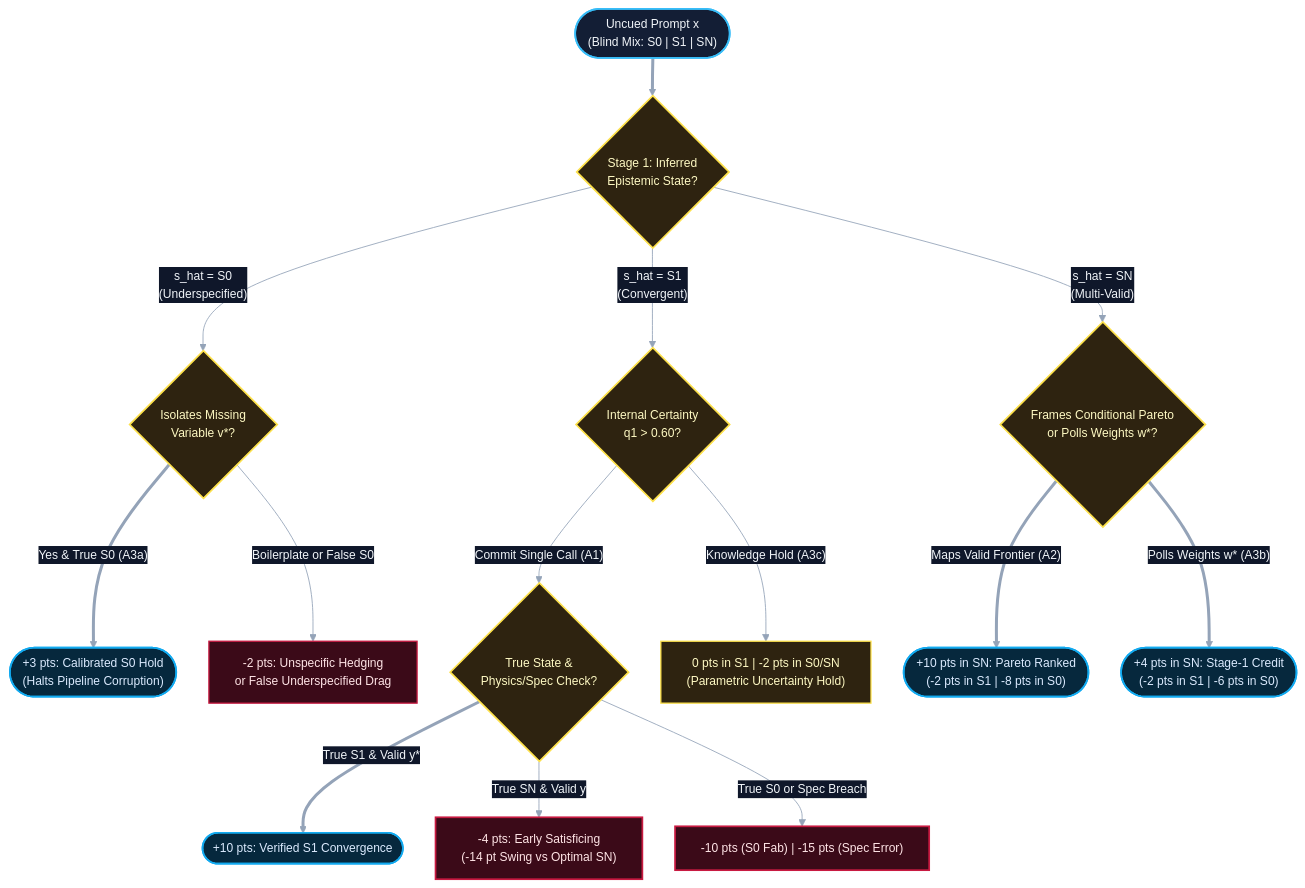
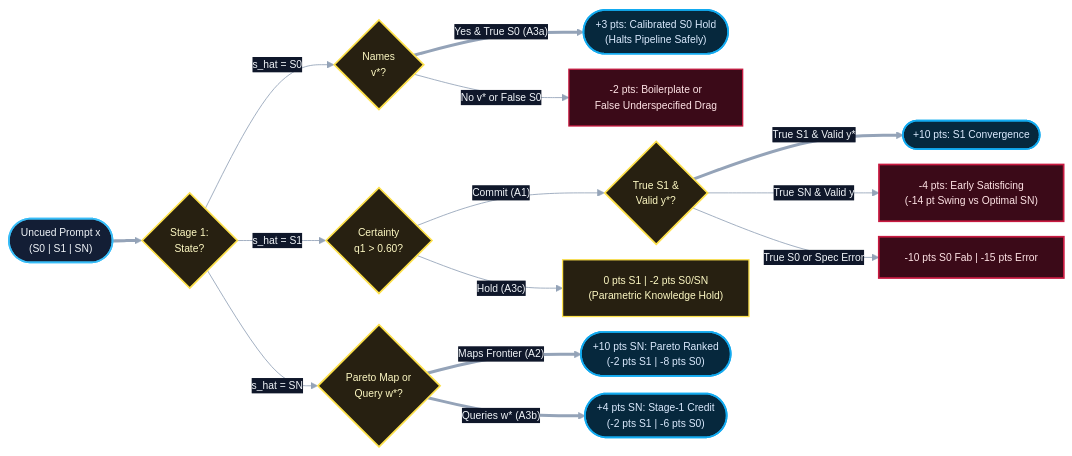
One commit to endean-eng/epistemic-state-bench changed the diagram in README.md. Above: the diagram before and after it, drawn with Mermaid. The commit also changed other lines of this file and 3 other files, not shown here.

Commit message:
modified syntax for proper github display of mermaid charts

````diff
--- a/README.md
+++ b/README.md
@@ -43,37 +44,37 @@
 ```mermaid
-%%{init: {'theme': 'base', 'flowchart': {'wrappingWidth': 380, 'nodeSpacing': 38, 'rankSpacing': 44, 'curve': 'basis'}, 'themeVariables': { 'primaryColor': '#0f172a', 'primaryTextColor': '#f1f5f9', 'primaryBorderColor': '#2d4268', 'lineColor': '#94a3b8', 'edgeLabelBackground': '#0f172a', 'fontFamily': 'Consolas, monospace', 'fontSize': '14px'}}}%%
-flowchart TD
-    Start(["Uncued Prompt x<br/>(Blind Mix: S0 | S1 | SN)"]) ==> Gate1{"Stage 1: Inferred<br/>Epistemic State?"}
+%%{init: {'theme': 'base', 'flowchart': {'wrappingWidth': 220, 'nodeSpacing': 18, 'rankSpacing': 34, 'curve': 'basis'}, 'themeVariables': { 'primaryColor': '#0f172a', 'primaryTextColor': '#f1f5f9', 'primaryBorderColor': '#2d4268', 'lineColor': '#94a3b8', 'edgeLabelBackground': '#0f172a', 'fontFamily': 'Consolas, monospace', 'fontSize': '12px'}}}%%
+flowchart LR
+    Start(["Uncued Prompt x<br/>(S0 | S1 | SN)"]) ==> Gate1{"Stage 1:<br/>State?"}
 
-    Gate1 -->|"s_hat = S0<br/>(Underspecified)"| SpecGate{"Isolates Missing<br/>Variable v*?"}
-    Gate1 -->|"s_hat = S1<br/>(Convergent)"| CertGate{"Internal Certainty<br/>q1 > 0.60?"}
-    Gate1 -->|"s_hat = SN<br/>(Multi-Valid)"| ParetoGate{"Frames Conditional Pareto<br/>or Polls Weights w*?"}
+    Gate1 -->|"s_hat = S0"| SpecCheck{"Names<br/>v*?"}
+    Gate1 -->|"s_hat = S1"| ConfCheck{"Certainty<br/>q1 > 0.60?"}
+    Gate1 -->|"s_hat = SN"| WeightCheck{"Pareto Map or<br/>Query w*?"}
 
-    SpecGate ==>|"Yes & True S0 (A3a)"| OptS0(["+3 pts: Calibrated S0 Hold<br/>(Halts Pipeline Corruption)"])
-    SpecGate -->|"Boilerplate or False S0"| PenS0["-2 pts: Unspecific Hedging<br/>or False Underspecified Drag"]
+    SpecCheck ==>|"Yes & True S0 (A3a)"| OptS0(["+3 pts: Calibrated S0 Hold<br/>(Halts Pipeline Safely)"])
+    SpecCheck -->|"No v* or False S0"| PenBoiler["-2 pts: Boilerplate or<br/>False Underspecified Drag"]
 
-    CertGate -->|"Commit Single Call (A1)"| HardGate{"True State &<br/>Physics/Spec Check?"}
-    CertGate -->|"Knowledge Hold (A3c)"| HoldS1["0 pts in S1 | -2 pts in S0/SN<br/>(Parametric Uncertainty Hold)"]
+    ConfCheck -->|"Commit (A1)"| ExecS1{"True S1 &<br/>Valid y*?"}
+    ConfCheck -->|"Hold (A3c)"| HoldMK["0 pts S1 | -2 pts S0/SN<br/>(Parametric Knowledge Hold)"]
 
-    HardGate ==>|"True S1 & Valid y*"| OptS1(["+10 pts: Verified S1 Convergence"])
-    HardGate -->|"True SN & Valid y"| PenSat["-4 pts: Early Satisficing<br/>(-14 pt Swing vs Optimal SN)"]
-    HardGate -->|"True S0 or Spec Breach"| PenFab["-10 pts (S0 Fab) | -15 pts (Spec Error)"]
+    ExecS1 ==>|"True S1 & Valid y*"| OptS1(["+10 pts: S1 Convergence"])
+    ExecS1 -->|"True SN & Valid y"| PenSat["-4 pts: Early Satisficing<br/>(-14 pt Swing vs Optimal SN)"]
+    ExecS1 -->|"True S0 or Spec Error"| PenFab["-10 pts S0 Fab | -15 pts Error"]
 
-    ParetoGate ==>|"Maps Valid Frontier (A2)"| OptSN(["+10 pts in SN: Pareto Ranked<br/>(-2 pts in S1 | -8 pts in S0)"])
-    ParetoGate ==>|"Polls Weights w* (A3b)"| HoldSN(["+4 pts in SN: Stage-1 Credit<br/>(-2 pts in S1 | -6 pts in S0)"])
+    WeightCheck ==>|"Maps Frontier (A2)"| OptSN(["+10 pts SN: Pareto Ranked<br/>(-2 pts S1 | -8 pts S0)"])
+    WeightCheck ==>|"Queries w* (A3b)"| HoldSN(["+4 pts SN: Stage-1 Credit<br/>(-2 pts S1 | -6 pts S0)"])
 
     style Start fill:#131e35,stroke:#38bdf8,stroke-width:2px,color:#f1f5f9
-    style Gate1 fill:#2e2310,stroke:#fde14b,stroke-width:2px,color:#fef9c3
-    style SpecGate fill:#2e2310,stroke:#fde14b,stroke-width:2px,color:#fef9c3
-    style CertGate fill:#2e2310,stroke:#fde14b,stroke-width:2px,color:#fef9c3
-    style ParetoGate fill:#2e2310,stroke:#fde14b,stroke-width:2px,color:#fef9c3
-    style HardGate fill:#2e2310,stroke:#fde14b,stroke-width:2px,color:#fef9c3
+    style Gate1 fill:#272011,stroke:#fde14b,stroke-width:2px,color:#fef9c3
+    style SpecCheck fill:#272011,stroke:#fde14b,stroke-width:2px,color:#fef9c3
+    style ConfCheck fill:#272011,stroke:#fde14b,stroke-width:2px,color:#fef9c3
+    style WeightCheck fill:#272011,stroke:#fde14b,stroke-width:2px,color:#fef9c3
+    style ExecS1 fill:#272011,stroke:#fde14b,stroke-width:2px,color:#fef9c3
     style OptS0 fill:#06283d,stroke:#12aaf0,stroke-width:2px,color:#dbeafe
     style OptS1 fill:#06283d,stroke:#12aaf0,stroke-width:2px,color:#dbeafe
     style OptSN fill:#06283d,stroke:#12aaf0,stroke-width:2px,color:#dbeafe
     style HoldSN fill:#06283d,stroke:#12aaf0,stroke-width:2px,color:#dbeafe
-    style HoldS1 fill:#2e2310,stroke:#fde14b,stroke-width:1.5px,color:#fef9c3
-    style PenS0 fill:#3b0a18,stroke:#c81a41,stroke-width:1.5px,color:#ffe4e6
+    style HoldMK fill:#272011,stroke:#fde14b,stroke-width:1.5px,color:#fef9c3
+    style PenBoiler fill:#3b0a18,stroke:#c81a41,stroke-width:1.5px,color:#ffe4e6
     style PenSat fill:#3b0a18,stroke:#c81a41,stroke-width:2px,color:#ffe4e6
     style PenFab fill:#3b0a18,stroke:#c81a41,stroke-width:2px,color:#ffe4e6
 ```
````
